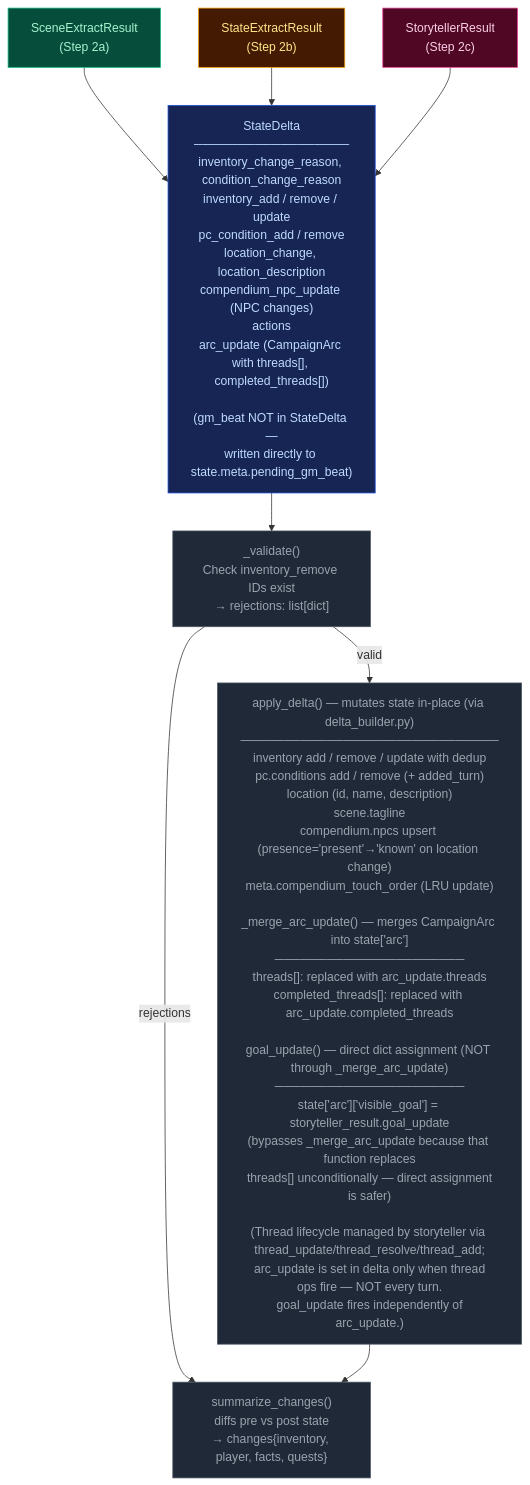
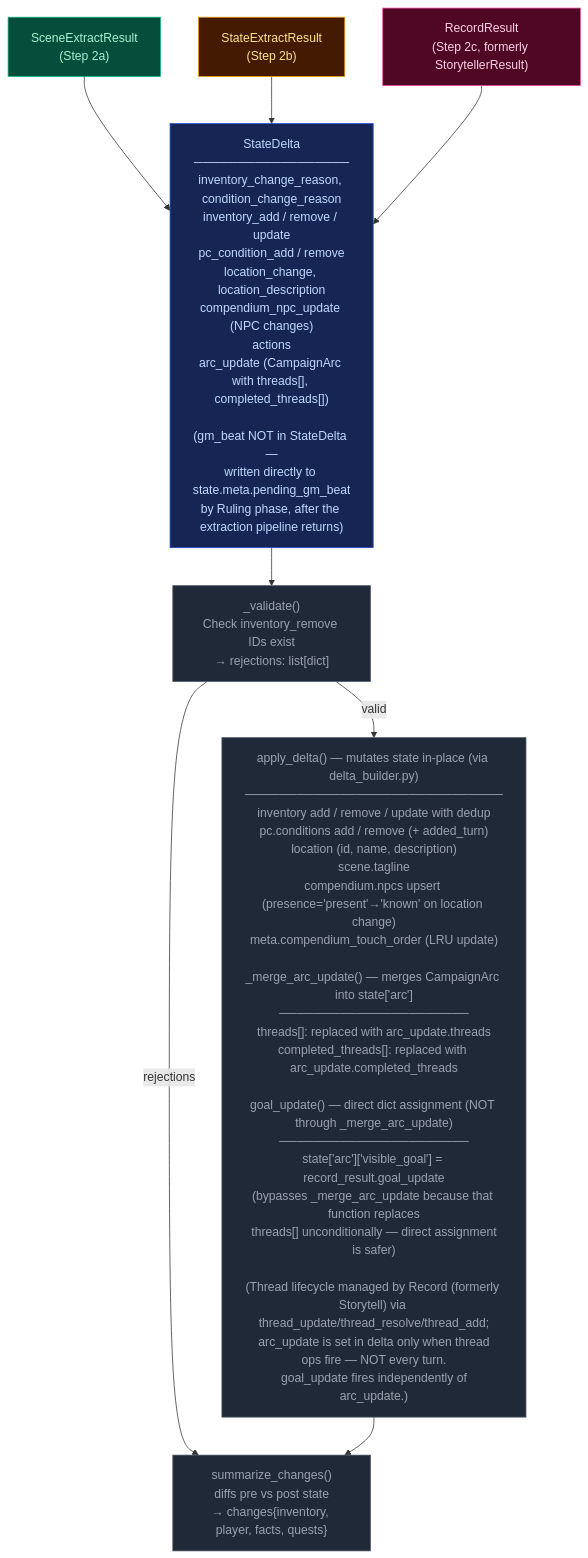
The diagram in docs/architecture/delta-validate.md (pww217/fablethread), drawn with Mermaid before and after one commit. The commit also changed 19 other files, not shown here.

````diff
--- a/docs/architecture/delta-validate.md
+++ b/docs/architecture/delta-validate.md
@@ -7,28 +7,28 @@
 ```mermaid
 flowchart TD
     classDef stageScene    fill:#064e3b,color:#a7f3d0,stroke:#10b981
     classDef stageState    fill:#451a03,color:#fde68a,stroke:#f59e0b
     classDef stageProgress fill:#500724,color:#fbcfe8,stroke:#ec4899
     classDef pyNode        fill:#1f2937,color:#9ca3af,stroke:#4b5563
     classDef mergeNode     fill:#172554,color:#bfdbfe,stroke:#1d4ed8
 
     SR1["SceneExtractResult<br>(Step 2a)"]:::stageScene
     SR2["StateExtractResult<br>(Step 2b)"]:::stageState
-    SR3["StorytellerResult<br>(Step 2c)"]:::stageProgress
+    SR3["RecordResult<br>(Step 2c, formerly StorytellerResult)"]:::stageProgress
 
-    MERGE["StateDelta<br>──────────────────<br>inventory_change_reason, condition_change_reason<br>inventory_add / remove / update<br>pc_condition_add / remove<br>location_change, location_description<br>compendium_npc_update (NPC changes)<br>actions<br>arc_update (CampaignArc with threads[], completed_threads[])<br><br>(gm_beat NOT in StateDelta —<br>written directly to state.meta.pending_gm_beat)"]:::mergeNode
+    MERGE["StateDelta<br>──────────────────<br>inventory_change_reason, condition_change_reason<br>inventory_add / remove / update<br>pc_condition_add / remove<br>location_change, location_description<br>compendium_npc_update (NPC changes)<br>actions<br>arc_update (CampaignArc with threads[], completed_threads[])<br><br>(gm_beat NOT in StateDelta —<br>written directly to state.meta.pending_gm_beat<br>by Ruling phase, after the extraction pipeline returns)"]:::mergeNode
 
     VALIDATE["_validate()<br>Check inventory_remove IDs exist<br>→ rejections: list[dict]"]:::pyNode
 
-    APPLY["apply_delta() — mutates state in-place (via delta_builder.py)<br>──────────────────────────────<br>inventory add / remove / update with dedup<br>pc.conditions add / remove (+ added_turn)<br>location (id, name, description)<br>scene.tagline<br>compendium.npcs upsert (presence='present'→'known' on location change)<br>meta.compendium_touch_order (LRU update)<br><br>_merge_arc_update() — merges CampaignArc into state['arc']<br>──────────────────────<br>threads[]: replaced with arc_update.threads<br>completed_threads[]: replaced with arc_update.completed_threads<br><br>goal_update() — direct dict assignment (NOT through _merge_arc_update)<br>──────────────────────<br>state['arc']['visible_goal'] = storyteller_result.goal_update<br>(bypasses _merge_arc_update because that function replaces<br> threads[] unconditionally — direct assignment is safer)<br><br>(Thread lifecycle managed by storyteller via thread_update/thread_resolve/thread_add;<br> arc_update is set in delta only when thread ops fire — NOT every turn.<br> goal_update fires independently of arc_update.)"]:::pyNode
+    APPLY["apply_delta() — mutates state in-place (via delta_builder.py)<br>──────────────────────────────<br>inventory add / remove / update with dedup<br>pc.conditions add / remove (+ added_turn)<br>location (id, name, description)<br>scene.tagline<br>compendium.npcs upsert (presence='present'→'known' on location change)<br>meta.compendium_touch_order (LRU update)<br><br>_merge_arc_update() — merges CampaignArc into state['arc']<br>──────────────────────<br>threads[]: replaced with arc_update.threads<br>completed_threads[]: replaced with arc_update.completed_threads<br><br>goal_update() — direct dict assignment (NOT through _merge_arc_update)<br>──────────────────────<br>state['arc']['visible_goal'] = record_result.goal_update<br>(bypasses _merge_arc_update because that function replaces<br> threads[] unconditionally — direct assignment is safer)<br><br>(Thread lifecycle managed by Record (formerly Storytell) via thread_update/thread_resolve/thread_add;<br> arc_update is set in delta only when thread ops fire — NOT every turn.<br> goal_update fires independently of arc_update.)"]:::pyNode
 
     DIFF["summarize_changes()<br>diffs pre vs post state<br>→ changes{inventory, player, facts, quests}"]:::pyNode
 
     SR1 --> MERGE
     SR2 --> MERGE
     SR3 --> MERGE
     MERGE --> VALIDATE
     VALIDATE -- "valid" --> APPLY
     VALIDATE -- "rejections" --> DIFF
     APPLY --> DIFF
 ```
````
